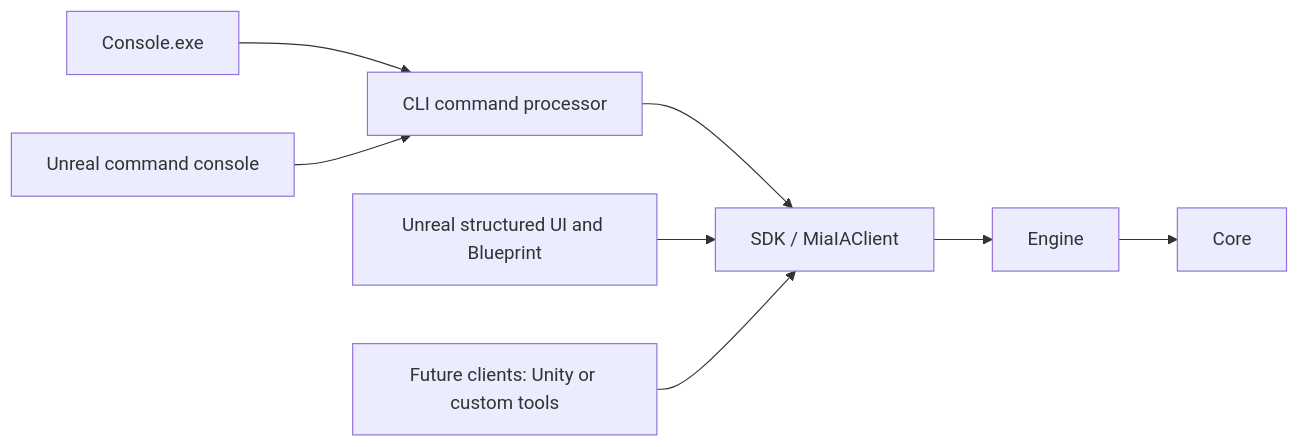
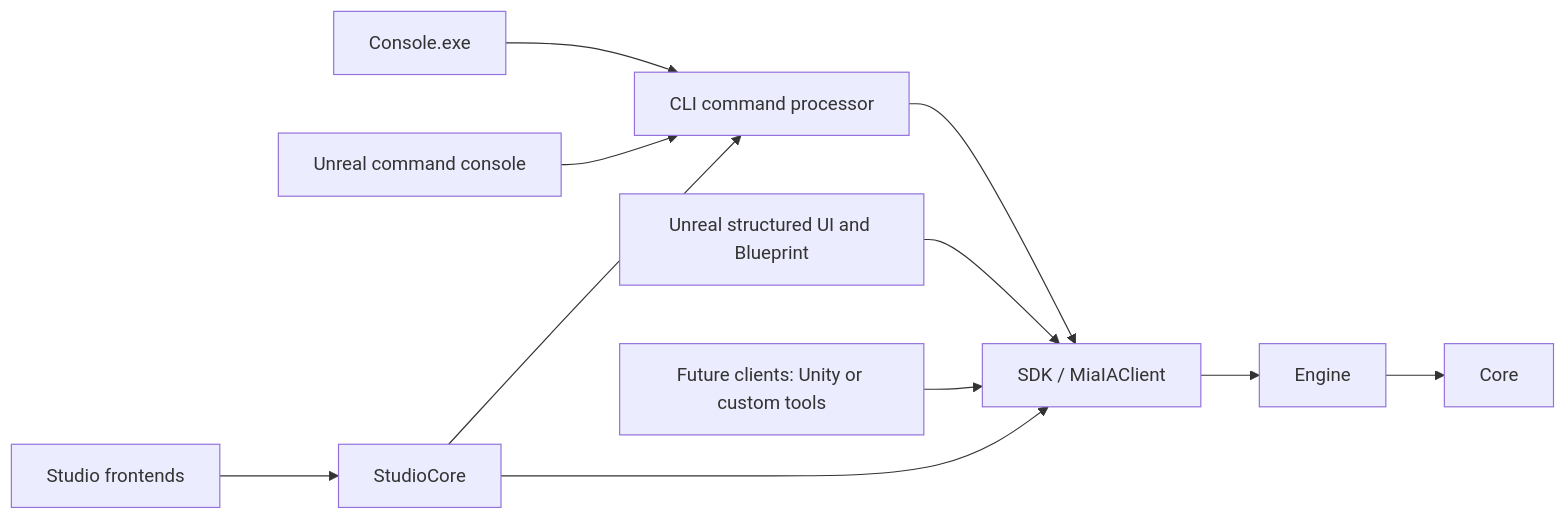
The diagram in MiaIA/Docs/Architecture/Architecture.md (Agosillo/MiaIA), drawn with Mermaid before and after one commit. The commit also changed other lines of this file and 15 other files, not shown here.

Commit message:
Add platform-neutral MiaIA Studio core

````diff
--- a/MiaIA/Docs/Architecture/Architecture.md
+++ b/MiaIA/Docs/Architecture/Architecture.md
@@ -11,10 +11,13 @@
 ```mermaid
 flowchart LR
     Console["Console.exe"] --> CLI["CLI command processor"]
     UnrealConsole["Unreal command console"] --> CLI
+    Studio["Studio frontends"] --> StudioCore["StudioCore"]
+    StudioCore --> CLI
+    StudioCore --> SDK
     CLI --> SDK["SDK / MiaIAClient"]
     Unreal["Unreal structured UI and Blueprint"] --> SDK
     Future["Future clients: Unity or custom tools"] --> SDK
     SDK --> Engine
     Engine --> Core
 ```
````
